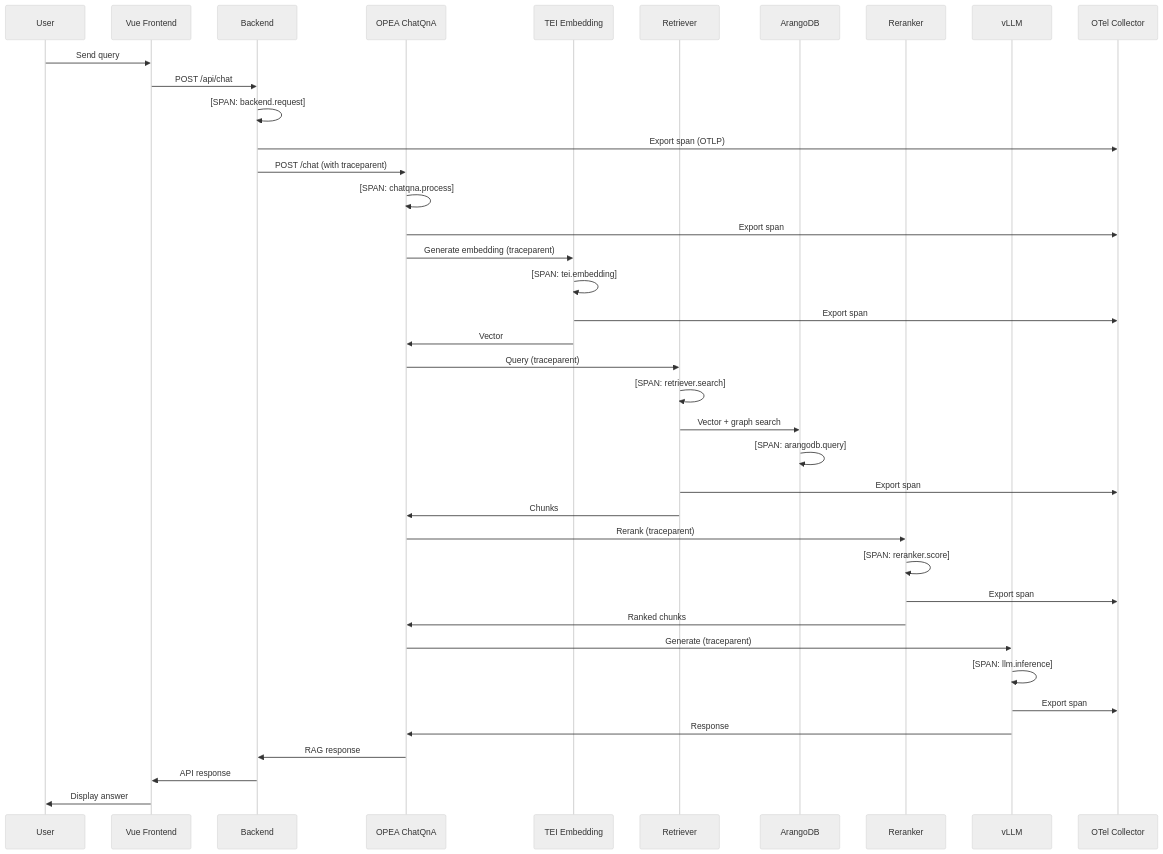
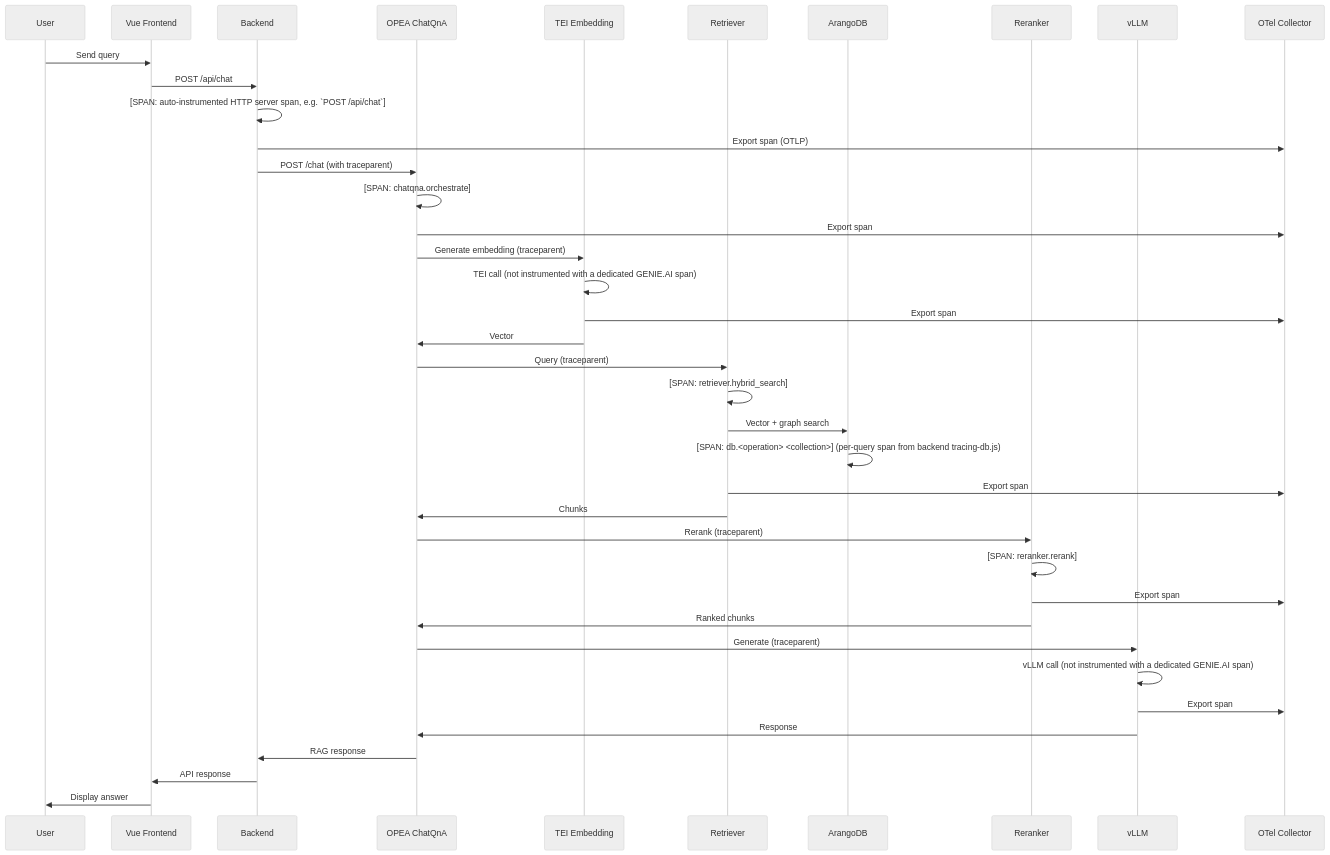
Diagram 11 of 16 in site/content/en/docs/architecture/architecture.md (jrevillard/genie-ai-replica), drawn with Mermaid (neutral theme) before and after one commit. The commit also changed other lines of this file and 137 other files, not shown here.

````diff
--- a/site/content/en/docs/architecture/architecture.md
+++ b/site/content/en/docs/architecture/architecture.md
@@ -552,49 +631,49 @@
 ```mermaid
 sequenceDiagram
     participant User
     participant FE as Vue Frontend
     participant BE as Backend
     participant ChatQnA as OPEA ChatQnA
     participant TEI as TEI Embedding
     participant Ret as Retriever
     participant ADB as ArangoDB
     participant Rerank as Reranker
     participant LLM as vLLM
     participant Collector as OTel Collector
 
     User->>FE: Send query
     FE->>BE: POST /api/chat
-    
-    BE->>BE: [SPAN: backend.request]
+
+    BE->>BE: [SPAN: auto-instrumented HTTP server span, e.g. `POST /api/chat`]
     BE->>Collector: Export span (OTLP)
-    
+
     BE->>ChatQnA: POST /chat (with traceparent)
-    ChatQnA->>ChatQnA: [SPAN: chatqna.process]
+    ChatQnA->>ChatQnA: [SPAN: chatqna.orchestrate]
     ChatQnA->>Collector: Export span
-    
+
     ChatQnA->>TEI: Generate embedding (traceparent)
-    TEI->>TEI: [SPAN: tei.embedding]
+    TEI->>TEI: TEI call (not instrumented with a dedicated GENIE.AI span)
     TEI->>Collector: Export span
     TEI->>ChatQnA: Vector
-    
+
     ChatQnA->>Ret: Query (traceparent)
-    Ret->>Ret: [SPAN: retriever.search]
+    Ret->>Ret: [SPAN: retriever.hybrid_search]
     Ret->>ADB: Vector + graph search
-    ADB->>ADB: [SPAN: arangodb.query]
+    ADB->>ADB: [SPAN: db.<operation> <collection>] (per-query span from backend tracing-db.js)
     Ret->>Collector: Export span
     Ret->>ChatQnA: Chunks
-    
+
     ChatQnA->>Rerank: Rerank (traceparent)
-    Rerank->>Rerank: [SPAN: reranker.score]
+    Rerank->>Rerank: [SPAN: reranker.rerank]
     Rerank->>Collector: Export span
     Rerank->>ChatQnA: Ranked chunks
-    
+
     ChatQnA->>LLM: Generate (traceparent)
-    LLM->>LLM: [SPAN: llm.inference]
+    LLM->>LLM: vLLM call (not instrumented with a dedicated GENIE.AI span)
     LLM->>Collector: Export span
     LLM->>ChatQnA: Response
-    
+
     ChatQnA->>BE: RAG response
     BE->>FE: API response
     FE->>User: Display answer
 ```
````
